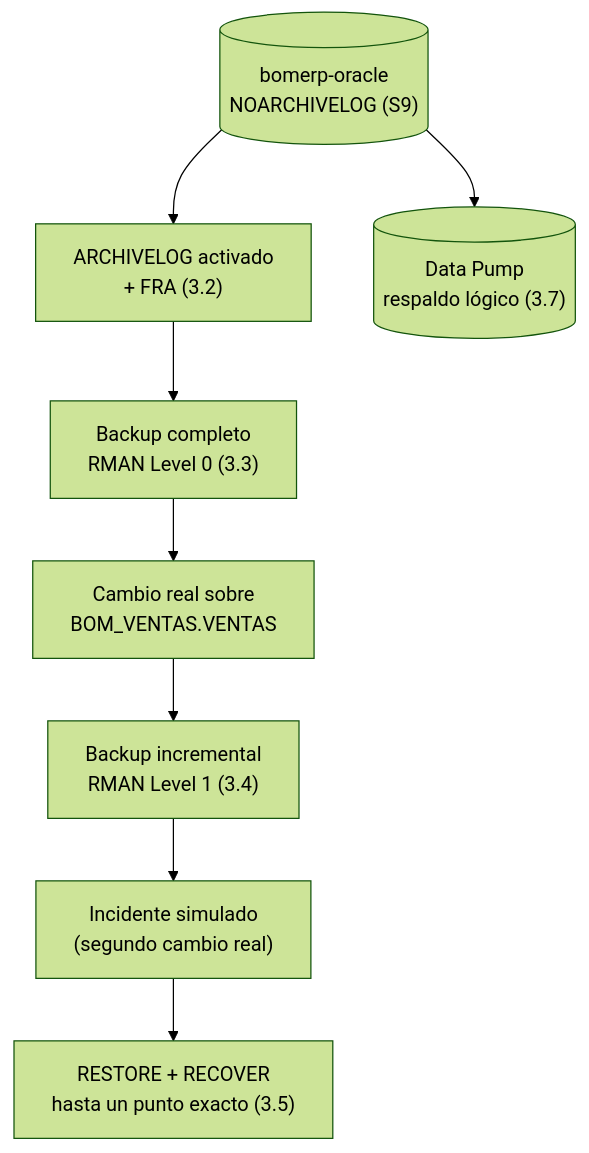
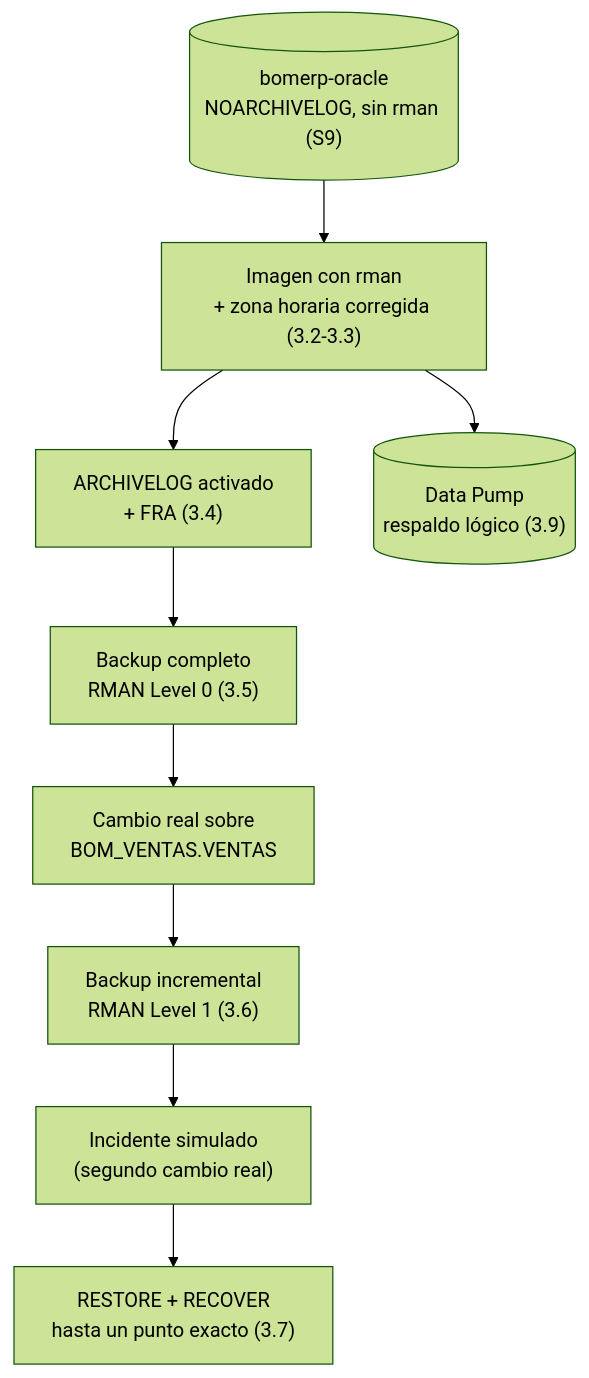
Before and after one commit to 262ciclo4/bomerp: the second of 2 diagrams in docs/bd2/sesiones/S13_Backup_Recovery_RMAN.md, drawn with Mermaid (forest theme). The commit also changed other lines of this file and 3 other files, not shown here.

````diff
--- a/docs/bd2/sesiones/S13_Backup_Recovery_RMAN.md
+++ b/docs/bd2/sesiones/S13_Backup_Recovery_RMAN.md
@@ -96,14 +98,15 @@
 ```mermaid
 flowchart TB
-    DB[("bomerp-oracle<br/>NOARCHIVELOG (S9)")]
-    ARC["ARCHIVELOG activado<br/>+ FRA (3.2)"]
-    L0["Backup completo<br/>RMAN Level 0 (3.3)"]
+    DB[("bomerp-oracle<br/>NOARCHIVELOG, sin rman (S9)")]
+    IMG["Imagen con rman<br/>+ zona horaria corregida (3.2-3.3)"]
+    ARC["ARCHIVELOG activado<br/>+ FRA (3.4)"]
+    L0["Backup completo<br/>RMAN Level 0 (3.5)"]
     CAMBIO["Cambio real sobre<br/>BOM_VENTAS.VENTAS"]
-    L1["Backup incremental<br/>RMAN Level 1 (3.4)"]
+    L1["Backup incremental<br/>RMAN Level 1 (3.6)"]
     INC["Incidente simulado<br/>(segundo cambio real)"]
-    PITR["RESTORE + RECOVER<br/>hasta un punto exacto (3.5)"]
-    DP[("Data Pump<br/>respaldo lógico (3.7)")]
+    PITR["RESTORE + RECOVER<br/>hasta un punto exacto (3.7)"]
+    DP[("Data Pump<br/>respaldo lógico (3.9)")]
 
-    DB --> ARC --> L0 --> CAMBIO --> L1 --> INC --> PITR
-    DB --> DP
+    DB --> IMG --> ARC --> L0 --> CAMBIO --> L1 --> INC --> PITR
+    IMG --> DP
 ```
````
